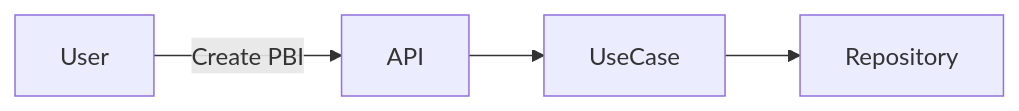
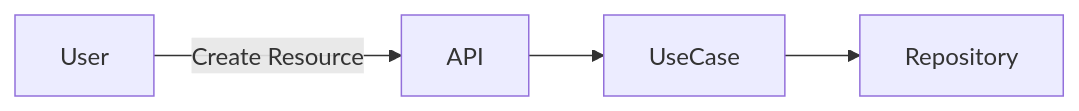
The diagram in .dev/requirement/REQUIREMENT-GUIDE.MD (YuChia-Wei/ai-collaboration-prompts-dotnet-backend), drawn with Mermaid before and after one commit. The commit also changed 118 other files, not shown here.

````diff
--- a/.dev/requirement/REQUIREMENT-GUIDE.MD
+++ b/.dev/requirement/REQUIREMENT-GUIDE.MD
@@ -44,6 +44,6 @@
 ```mermaid
 flowchart LR
-  User -->|Create PBI| API
+  User -->|Create Resource| API
   API --> UseCase
   UseCase --> Repository
 ```
````
